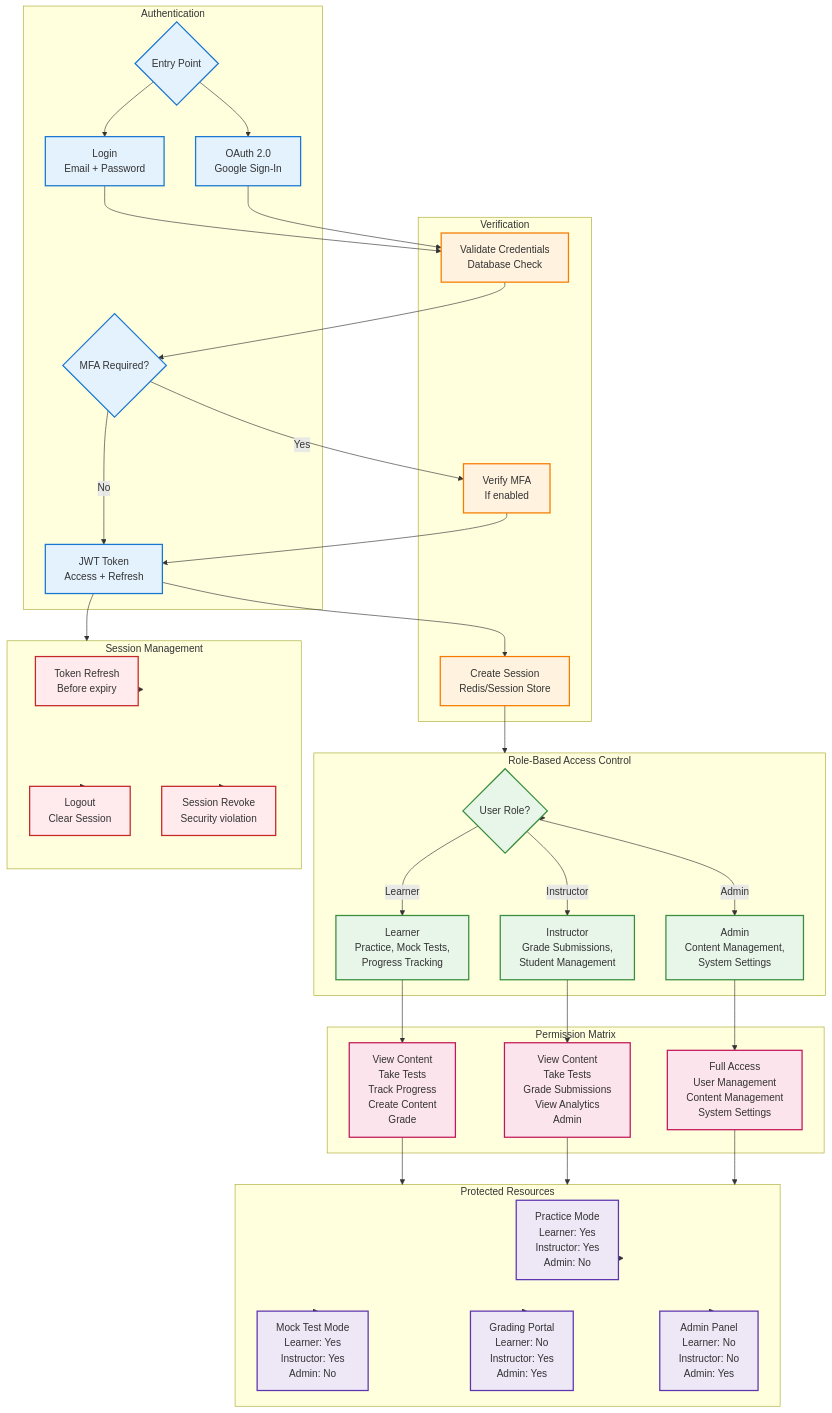
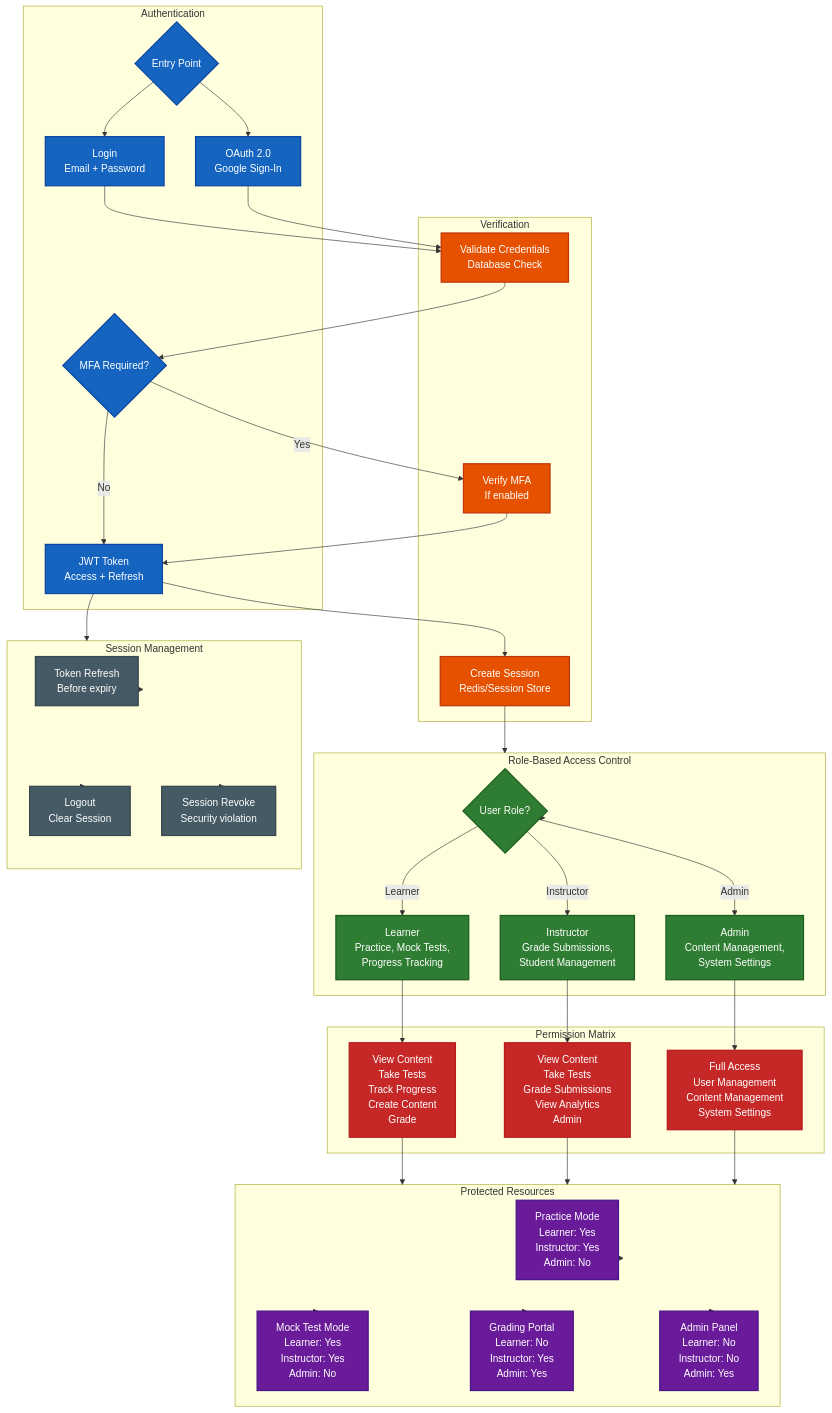
One commit to nghyane/VSTEP changed the eighth of 8 diagrams in docs/capstone/diagrams/flow-diagrams.md. Above: the diagram before and after it, drawn with Mermaid. The commit also changed other lines of this file, not shown here.

First line of the commit message:
docs: update Mermaid diagram colors for better GitHub contrast

```diff
--- a/docs/capstone/diagrams/flow-diagrams.md
+++ b/docs/capstone/diagrams/flow-diagrams.md
@@ -688,12 +688,12 @@
     Session --> revoke
 
     %% Styling
-    classDef auth fill:#e3f2fd,stroke:#1976d2,stroke-width:2px
-    classDef verify fill:#fff3e0,stroke:#f57c00,stroke-width:2px
-    classDef rbac fill:#e8f5e9,stroke:#388e3c,stroke-width:2px
-    classDef permissions fill:#fce4ec,stroke:#c2185b,stroke-width:2px
-    classDef resources fill:#ede7f6,stroke:#5e35b1,stroke-width:2px
-    classDef session fill:#ffebee,stroke:#c62828,stroke-width:2px
+    classDef auth fill:#1565c0,stroke:#0d47a1,stroke-width:2px,color:#fff
+    classDef verify fill:#e65100,stroke:#bf360c,stroke-width:2px,color:#fff
+    classDef rbac fill:#2e7d32,stroke:#1b5e20,stroke-width:2px,color:#fff
+    classDef permissions fill:#c62828,stroke:#b71c1c,stroke-width:2px,color:#fff
+    classDef resources fill:#6a1b9a,stroke:#4a148c,stroke-width:2px,color:#fff
+    classDef session fill:#455a64,stroke:#37474f,stroke-width:2px,color:#fff
 
     class entry,login,oauth,mfa,token auth
     class validate,verify,session verify
```
